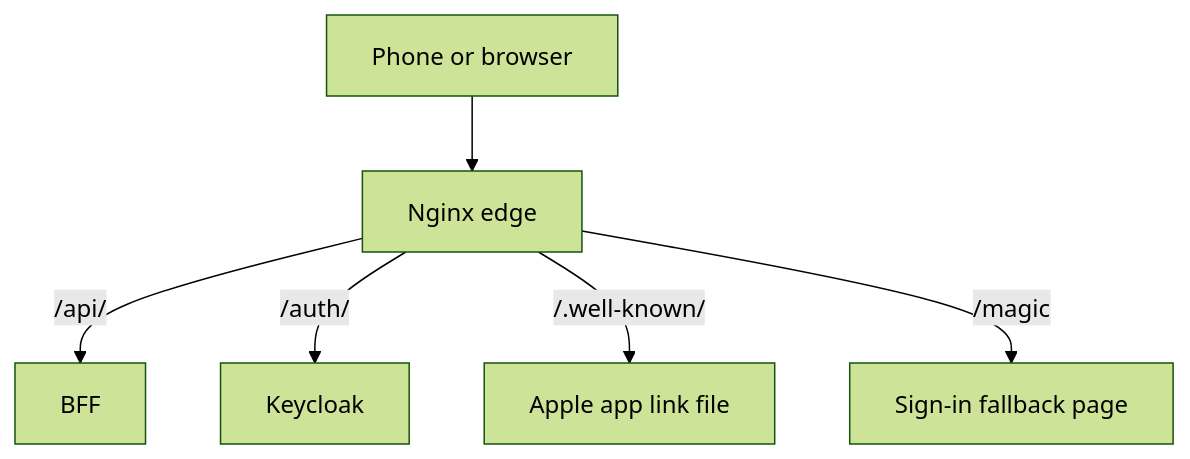
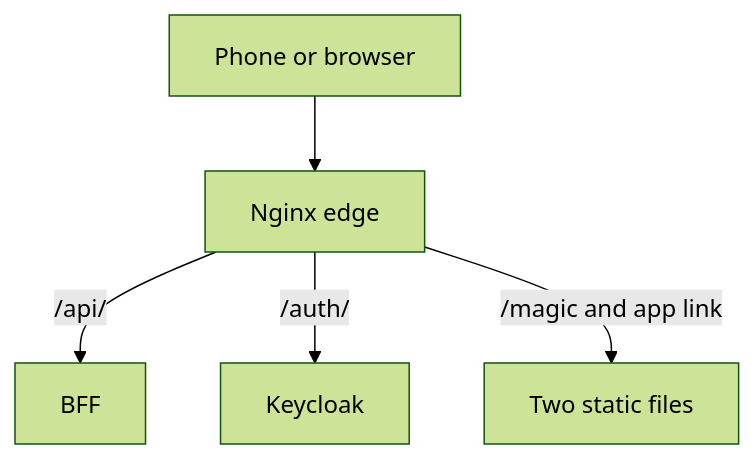
One commit to ravialdyh/my-money-recap-monorepo changed the diagram in infra/nginx/README.md. Above: the diagram before and after it, drawn with Mermaid (forest theme). The commit also changed other lines of this file and 2 other files, not shown here.

Commit message:
docs: narrow the edge and wizard diagrams and name the dashed arrow

````diff
--- a/infra/nginx/README.md
+++ b/infra/nginx/README.md
@@ -10,14 +10,12 @@
 ```mermaid
 flowchart TD
     phone["Phone or browser"]
     nginx["Nginx edge"]
     bff["BFF"]
     keycloak["Keycloak"]
-    aasa["Apple app link file"]
-    magic["Sign-in fallback page"]
+    files["Two static files"]
     phone --> nginx
     nginx -- "/api/" --> bff
     nginx -- "/auth/" --> keycloak
-    nginx -- "/.well-known/" --> aasa
-    nginx -- "/magic" --> magic
+    nginx -- "/magic and app link" --> files
 ```
````
